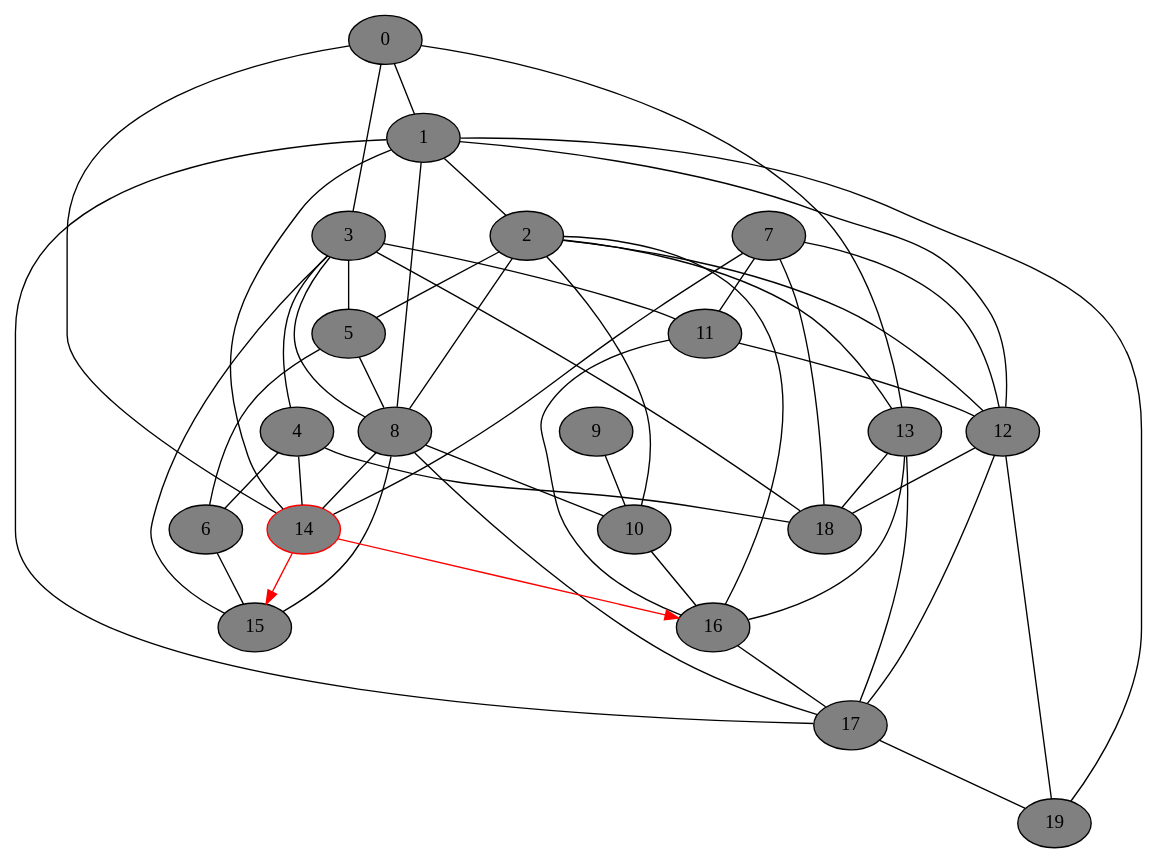
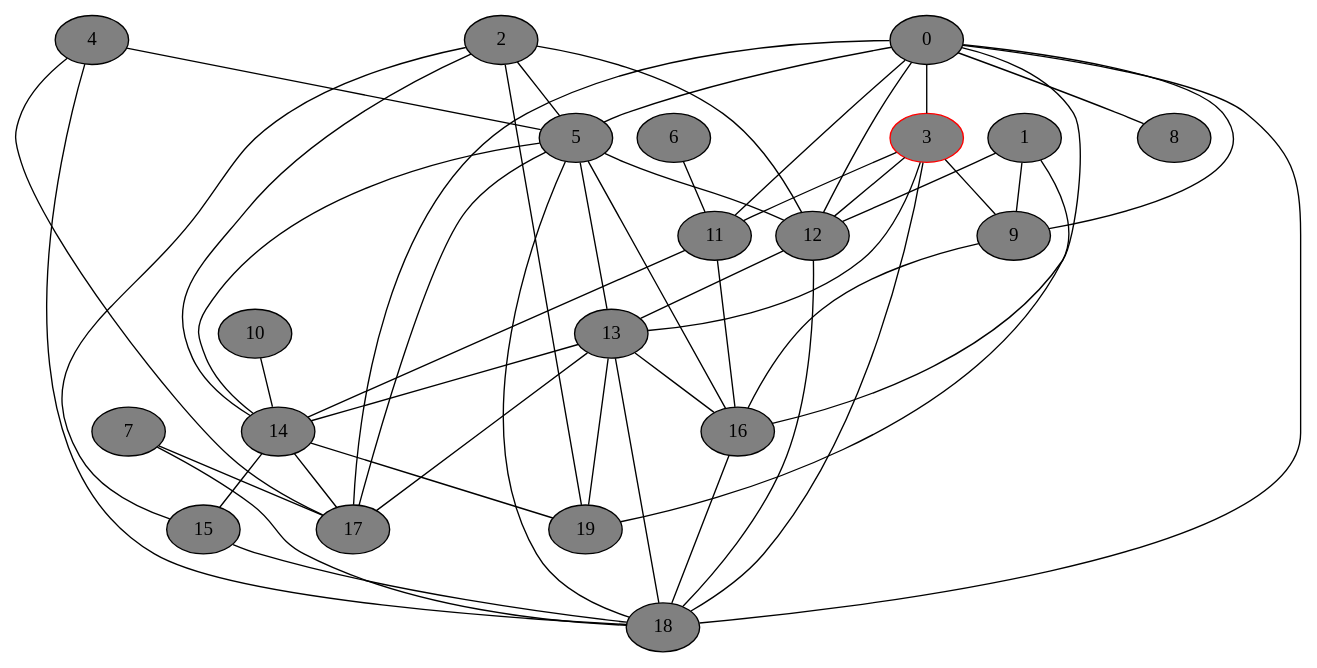
The diagram in gv_graphs/nxt0098.dot (DSMishler/EBA_models), drawn with Graphviz before and after one commit. The commit also changed 704 other files, not shown here.

```diff
--- a/gv_graphs/nxt0098.dot
+++ b/gv_graphs/nxt0098.dot
@@ -1,74 +1,74 @@
 // network test graph
 digraph
 {
 	0 [fillcolor=gray,style=filled,]
 	1 [fillcolor=gray,style=filled,]
 	2 [fillcolor=gray,style=filled,]
-	3 [fillcolor=gray,style=filled,]
+	3 [fillcolor=gray,style=filled,color=red,]
 	4 [fillcolor=gray,style=filled,]
 	5 [fillcolor=gray,style=filled,]
 	6 [fillcolor=gray,style=filled,]
 	7 [fillcolor=gray,style=filled,]
 	8 [fillcolor=gray,style=filled,]
 	9 [fillcolor=gray,style=filled,]
 	10 [fillcolor=gray,style=filled,]
 	11 [fillcolor=gray,style=filled,]
 	12 [fillcolor=gray,style=filled,]
 	13 [fillcolor=gray,style=filled,]
-	14 [fillcolor=gray,style=filled,color=red,]
+	14 [fillcolor=gray,style=filled,]
 	15 [fillcolor=gray,style=filled,]
 	16 [fillcolor=gray,style=filled,]
 	17 [fillcolor=gray,style=filled,]
 	18 [fillcolor=gray,style=filled,]
 	19 [fillcolor=gray,style=filled,]
-	0 -> 1 [dir=none]
 	0 -> 3 [dir=none]
-	0 -> 13 [dir=none]
-	0 -> 14 [dir=none]
-	1 -> 2 [dir=none]
-	1 -> 8 [dir=none]
+	0 -> 5 [dir=none]
+	0 -> 8 [dir=none]
+	0 -> 9 [dir=none]
+	0 -> 11 [dir=none]
+	0 -> 12 [dir=none]
+	0 -> 16 [dir=none]
+	0 -> 17 [dir=none]
+	0 -> 18 [dir=none]
+	1 -> 9 [dir=none]
 	1 -> 12 [dir=none]
-	1 -> 14 [dir=none]
-	1 -> 17 [dir=none]
 	1 -> 19 [dir=none]
 	2 -> 5 [dir=none]
-	2 -> 8 [dir=none]
-	2 -> 10 [dir=none]
 	2 -> 12 [dir=none]
-	2 -> 13 [dir=none]
-	2 -> 16 [dir=none]
-	3 -> 4 [dir=none]
-	3 -> 5 [dir=none]
-	3 -> 8 [dir=none]
+	2 -> 14 [dir=none]
+	2 -> 15 [dir=none]
+	2 -> 19 [dir=none]
+	3 -> 9 [dir=none]
 	3 -> 11 [dir=none]
-	3 -> 15 [dir=none]
+	3 -> 12 [dir=none]
+	3 -> 13 [dir=none]
 	3 -> 18 [dir=none]
-	4 -> 6 [dir=none]
-	4 -> 14 [dir=none]
+	4 -> 5 [dir=none]
+	4 -> 17 [dir=none]
 	4 -> 18 [dir=none]
-	5 -> 6 [dir=none]
-	5 -> 8 [dir=none]
-	6 -> 15 [dir=none]
-	7 -> 11 [dir=none]
-	7 -> 12 [dir=none]
-	7 -> 14 [dir=none]
+	5 -> 12 [dir=none]
+	5 -> 13 [dir=none]
+	5 -> 14 [dir=none]
+	5 -> 16 [dir=none]
+	5 -> 17 [dir=none]
+	5 -> 18 [dir=none]
+	6 -> 11 [dir=none]
+	7 -> 17 [dir=none]
 	7 -> 18 [dir=none]
-	8 -> 10 [dir=none]
-	8 -> 14 [dir=none]
-	8 -> 15 [dir=none]
-	8 -> 17 [dir=none]
-	9 -> 10 [dir=none]
-	10 -> 16 [dir=none]
-	11 -> 12 [dir=none]
+	9 -> 16 [dir=none]
+	10 -> 14 [dir=none]
+	11 -> 14 [dir=none]
 	11 -> 16 [dir=none]
-	12 -> 17 [dir=none]
+	12 -> 13 [dir=none]
 	12 -> 18 [dir=none]
-	12 -> 19 [dir=none]
+	13 -> 14 [dir=none]
 	13 -> 16 [dir=none]
 	13 -> 17 [dir=none]
 	13 -> 18 [dir=none]
-	14 -> 15 [dir=forward,color=red,]
-	14 -> 16 [dir=forward,color=red,]
-	16 -> 17 [dir=none]
-	17 -> 19 [dir=none]
+	13 -> 19 [dir=none]
+	14 -> 15 [dir=none]
+	14 -> 17 [dir=none]
+	14 -> 19 [dir=none]
+	15 -> 18 [dir=none]
+	16 -> 18 [dir=none]
 }
```
